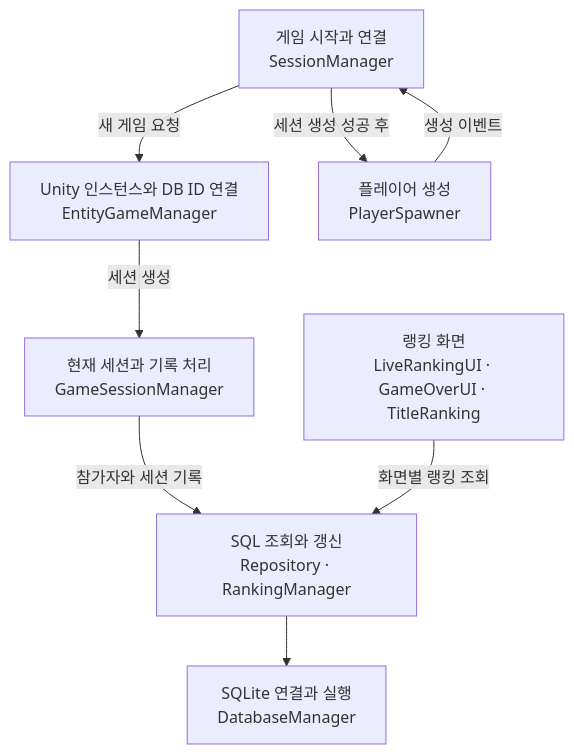
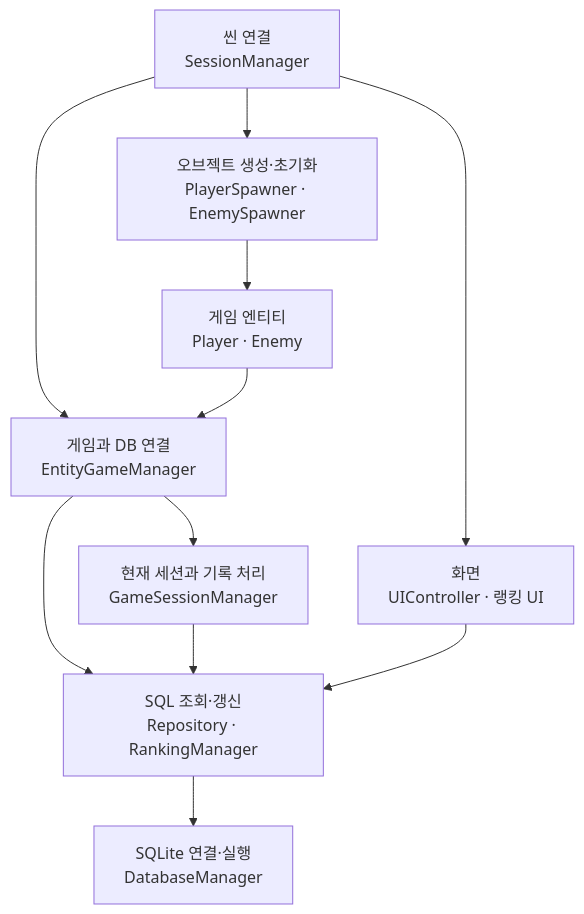
Before and after one commit to als79gur49/2025-DB-TeamProject-code-portfolio: the second of 2 diagrams in README.md, drawn with Mermaid. The commit also changed other lines of this file, not shown here.

Commit message:
docs: refine DB portfolio runtime flow and persistence boundaries

````diff
--- a/README.md
+++ b/README.md
@@ -24,18 +115,21 @@
 ```mermaid
 flowchart TB
-    S["게임 시작과 연결<br/>SessionManager"]
-    E["Unity 인스턴스와 DB ID 연결<br/>EntityGameManager"]
+    S["씬 연결<br/>SessionManager"]
+    P["오브젝트 생성·초기화<br/>PlayerSpawner · EnemySpawner"]
+    E["게임 엔티티<br/>Player · Enemy"]
+    M["게임과 DB 연결<br/>EntityGameManager"]
     G["현재 세션과 기록 처리<br/>GameSessionManager"]
-    P["플레이어 생성<br/>PlayerSpawner"]
-    R["SQL 조회와 갱신<br/>Repository · RankingManager"]
-    D["SQLite 연결과 실행<br/>DatabaseManager"]
-    U["랭킹 화면<br/>LiveRankingUI · GameOverUI · TitleRanking"]
-
-    S -->|"새 게임 요청"| E
-    E -->|"세션 생성"| G
-    G -->|"참가자와 세션 기록"| R
-    S -->|"세션 생성 성공 후"| P
-    P -->|"생성 이벤트"| S
+    R["SQL 조회·갱신<br/>Repository · RankingManager"]
+    D["SQLite 연결·실행<br/>DatabaseManager"]
+    U["화면<br/>UIController · 랭킹 UI"]
+    S --> P
+    S --> U
+    S --> M
+    P --> E
+    E --> M
+    M --> G
+    M --> R
+    G --> R
+    U --> R
     R --> D
-    U -->|"화면별 랭킹 조회"| R
 ```
````
